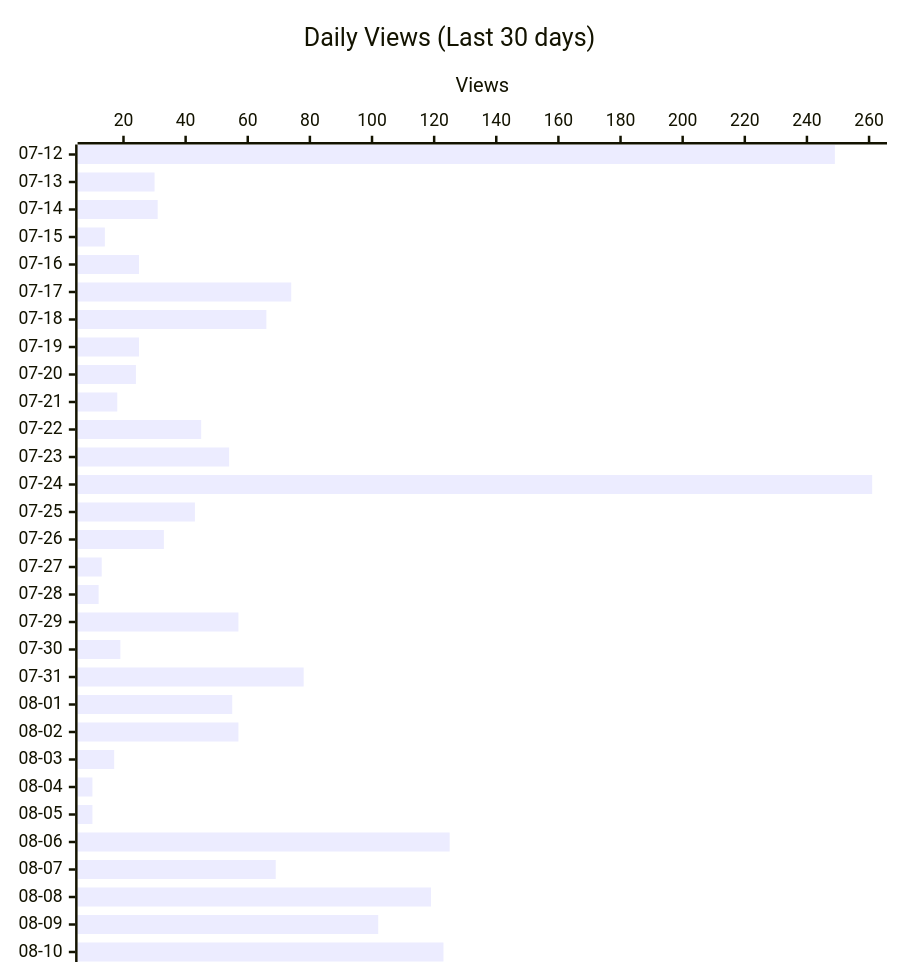
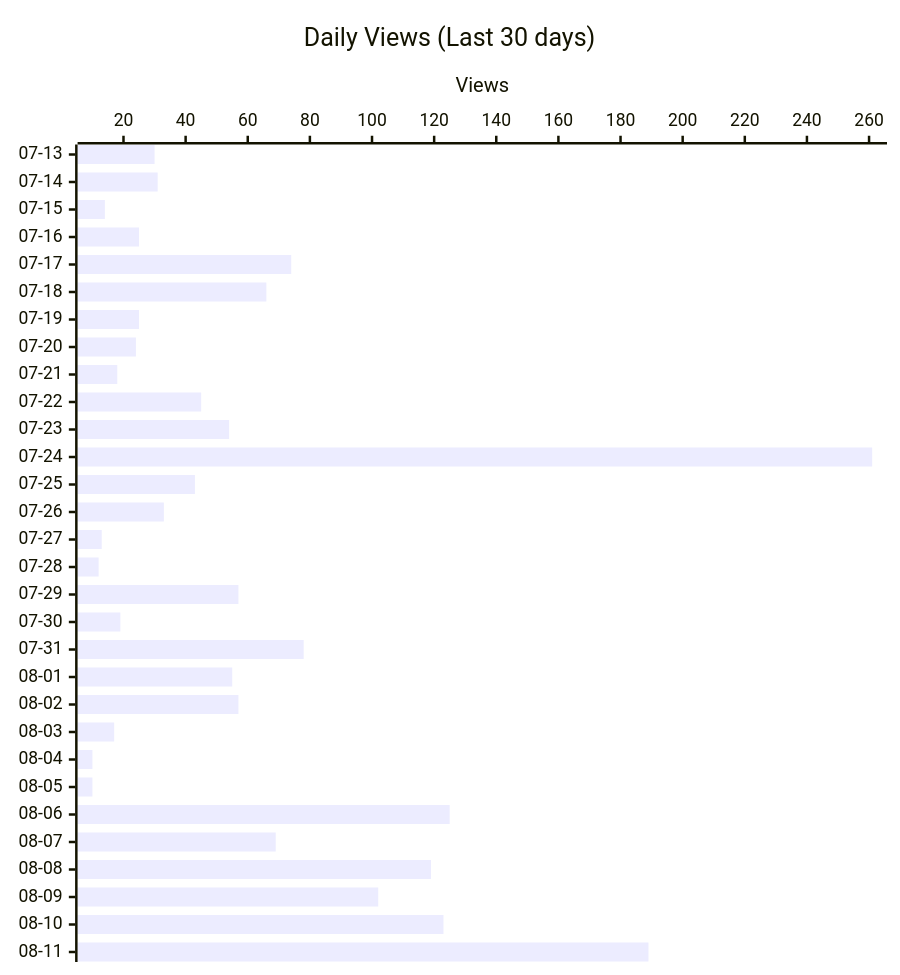
One commit to shigechika/github-insights changed the second of 4 diagrams in README.md. Above: the diagram before and after it, drawn with Mermaid. The commit also changed other lines of this file and 2 other files, not shown here.

````diff
--- a/README.md
+++ b/README.md
@@ -28,12 +28,12 @@
 ```mermaid
 ---
 config:
   xyChart:
     height: 760
 ---
 xychart-beta horizontal
     title "Daily Views (Last 30 days)"
-    x-axis ["07-12", "07-13", "07-14", "07-15", "07-16", "07-17", "07-18", "07-19", "07-20", "07-21", "07-22", "07-23", "07-24", "07-25", "07-26", "07-27", "07-28", "07-29", "07-30", "07-31", "08-01", "08-02", "08-03", "08-04", "08-05", "08-06", "08-07", "08-08", "08-09", "08-10"]
+    x-axis ["07-13", "07-14", "07-15", "07-16", "07-17", "07-18", "07-19", "07-20", "07-21", "07-22", "07-23", "07-24", "07-25", "07-26", "07-27", "07-28", "07-29", "07-30", "07-31", "08-01", "08-02", "08-03", "08-04", "08-05", "08-06", "08-07", "08-08", "08-09", "08-10", "08-11"]
     y-axis "Views"
-    bar [249, 30, 31, 14, 25, 74, 66, 25, 24, 18, 45, 54, 261, 43, 33, 13, 12, 57, 19, 78, 55, 57, 17, 10, 10, 125, 69, 119, 102, 123]
+    bar [30, 31, 14, 25, 74, 66, 25, 24, 18, 45, 54, 261, 43, 33, 13, 12, 57, 19, 78, 55, 57, 17, 10, 10, 125, 69, 119, 102, 123, 189]
 ```
````
